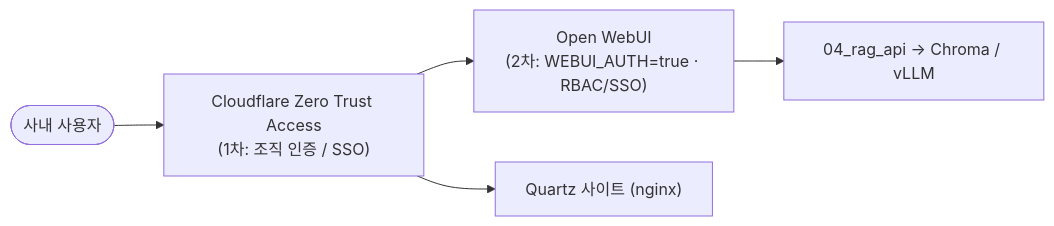
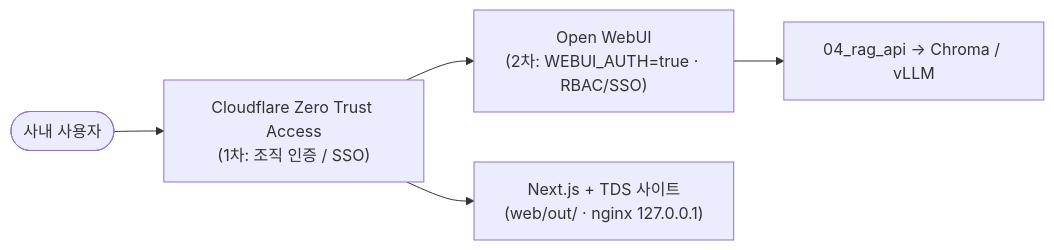
The fourth of 4 diagrams in docs/06-deployment.md (mooner92/KEIAdminSuperv), drawn with Mermaid before and after one commit. The commit also changed other lines of this file and 4 other files, not shown here.

First line of the commit message:
docs: [뇌] 화면 Quartz → Next.js + TDS 이관 반영

````diff
--- a/docs/06-deployment.md
+++ b/docs/06-deployment.md
@@ -237,9 +257,9 @@
 ```mermaid
 flowchart LR
     USER(["사내 사용자"]) --> CF["Cloudflare Zero Trust Access<br/>(1차: 조직 인증 / SSO)"]
     CF --> WEBUI["Open WebUI<br/>(2차: WEBUI_AUTH=true · RBAC/SSO)"]
-    CF --> QSITE["Quartz 사이트 (nginx)"]
+    CF --> NSITE["Next.js + TDS 사이트<br/>(web/out/ · nginx 127.0.0.1)"]
     WEBUI --> RAG["04_rag_api → Chroma / vLLM"]
 
     classDef block fill:#fee,stroke:#c33;
 ```
````
